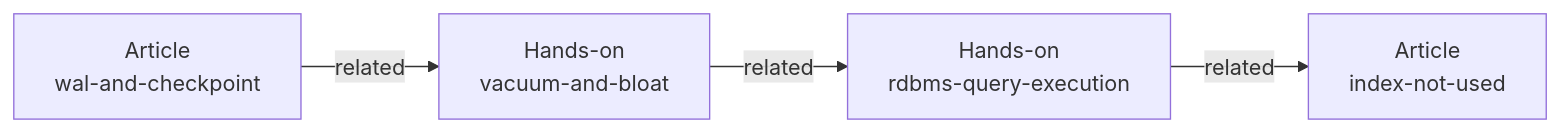
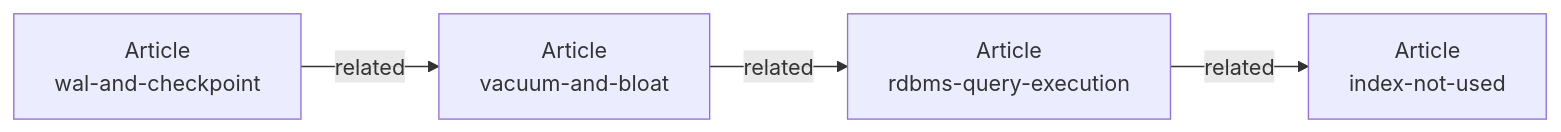
Before and after one commit to Fukuemon/fukuemon.dev: the first of 2 diagrams in packages/content-model/DesignDoc.md, drawn with Mermaid. The commit also changed other lines of this file and 6 other files, not shown here.

````diff
--- a/packages/content-model/DesignDoc.md
+++ b/packages/content-model/DesignDoc.md
@@ -135,6 +135,6 @@
 ```mermaid
 flowchart LR
-    h1["Hands-on<br/>rdbms-query-execution"] -->|related| a1["Article<br/>index-not-used"]
-    h2["Hands-on<br/>vacuum-and-bloat"] -->|related| h1
-    a2["Article<br/>wal-and-checkpoint"] -->|related| h2
+    a1["Article<br/>rdbms-query-execution"] -->|related| a2["Article<br/>index-not-used"]
+    a3["Article<br/>vacuum-and-bloat"] -->|related| a1
+    a4["Article<br/>wal-and-checkpoint"] -->|related| a3
 ```
````
